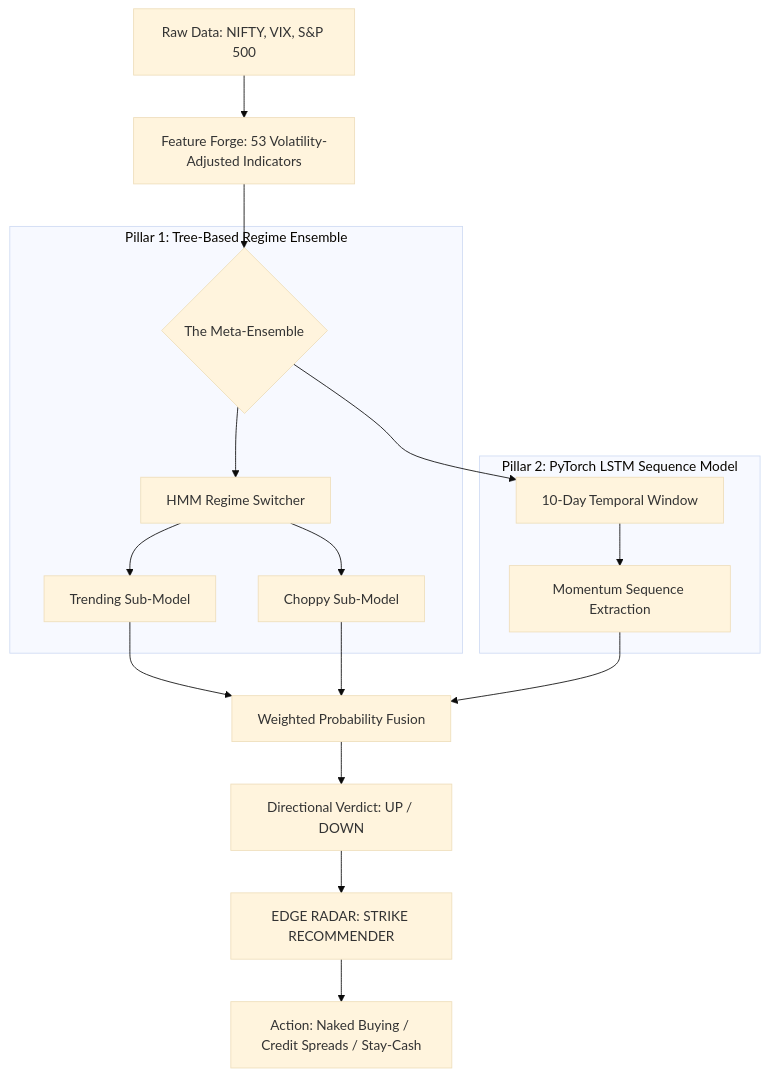
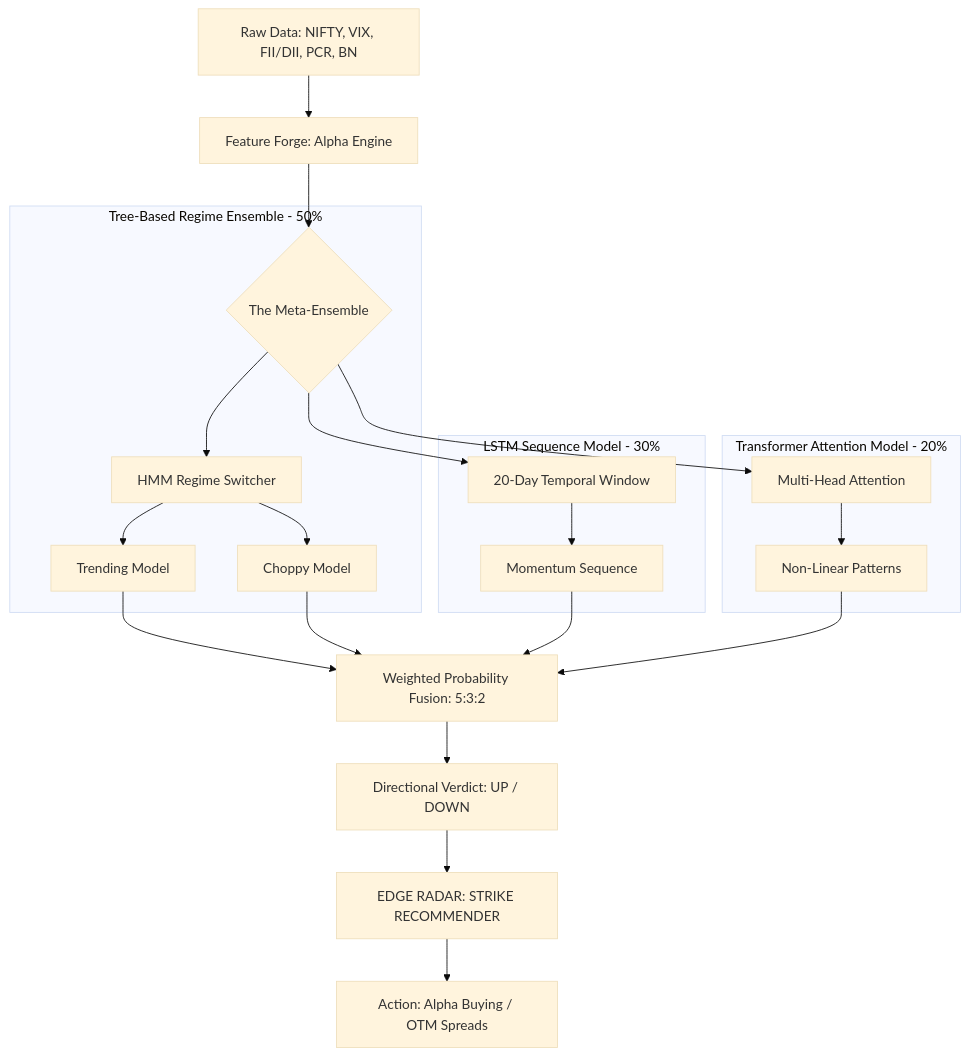
One commit to pravindev666/David-V666 changed the diagram in README.md. Above: the diagram before and after it, drawn with Mermaid (base theme). The commit also changed other lines of this file and 9 other files, not shown here.

Commit message:
David V6.6.6+ Alpha Update: 1. VIX Spread, 2. PCR Z-Score & Momentum, 3. FII Interaction, 4. Bank Nifty Leads. Added CSV persistence for all institutional data.

````diff
--- a/README.md
+++ b/README.md
@@ -24,22 +24,27 @@
 ```mermaid
 graph TD
-    A[Raw Data: NIFTY, VIX, S&P 500] --> B[Feature Forge: 53 Volatility-Adjusted Indicators]
+    A[Raw Data: NIFTY, VIX, FII/DII, PCR, BN] --> B[Feature Forge: Alpha Engine]
     B --> C{The Meta-Ensemble}
     
-    subgraph Pillar_1 [Pillar 1: Tree-Based Regime Ensemble]
+    subgraph Pillar_1 [Tree-Based Regime Ensemble - 50%]
         C --> D1[HMM Regime Switcher]
-        D1 --> D2[Trending Sub-Model]
-        D1 --> D3[Choppy Sub-Model]
+        D1 --> D2[Trending Model]
+        D1 --> D3[Choppy Model]
     end
     
-    subgraph Pillar_2 [Pillar 2: PyTorch LSTM Sequence Model]
-        C --> E1[10-Day Temporal Window]
-        E1 --> E2[Momentum Sequence Extraction]
+    subgraph Pillar_2 [LSTM Sequence Model - 30%]
+        C --> E1[20-Day Temporal Window]
+        E1 --> E2[Momentum Sequence]
+    end
+
+    subgraph Pillar_3 [Transformer Attention Model - 20%]
+        C --> F1[Multi-Head Attention]
+        F1 --> F2[Non-Linear Patterns]
     end
     
-    D2 & D3 & E2 --> F[Weighted Probability Fusion]
-    F --> G[Directional Verdict: UP / DOWN]
+    D2 & D3 & E2 & F2 --> G[Weighted Probability Fusion: 5:3:2]
+    G --> H[Directional Verdict: UP / DOWN]
     
-    G --> H[EDGE RADAR: STRIKE RECOMMENDER]
-    H --> I[Action: Naked Buying / Credit Spreads / Stay-Cash]
+    H --> I[EDGE RADAR: STRIKE RECOMMENDER]
+    I --> J[Action: Alpha Buying / OTM Spreads]
 ```
````
